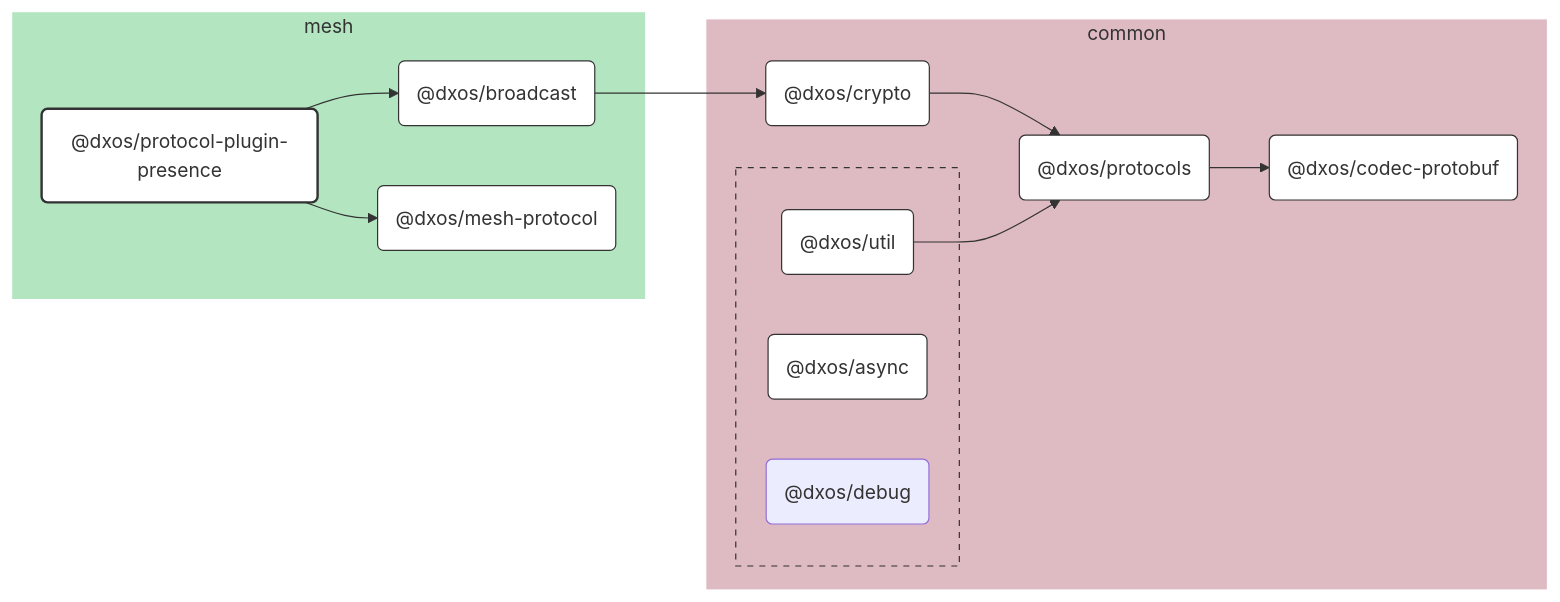
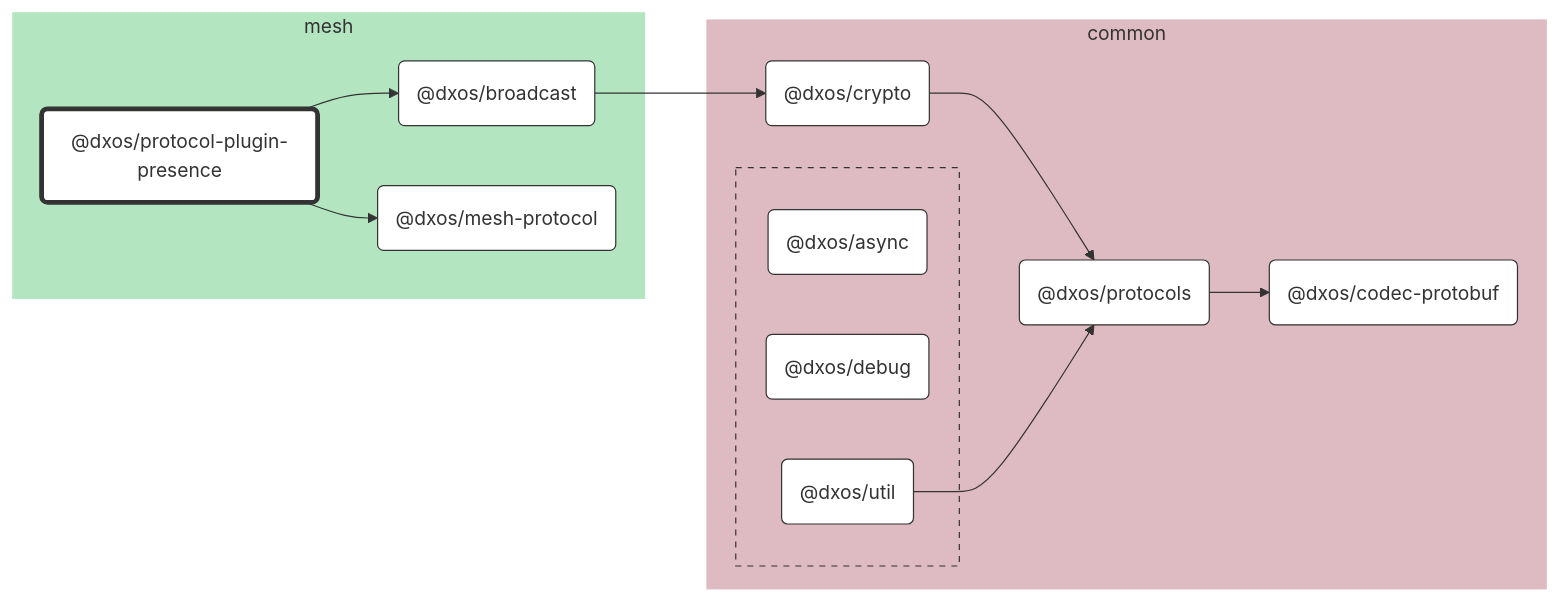
One commit to dxos/dxos changed the diagram in packages/mesh/protocol-plugin-presence/docs/README.md. Above: the diagram before and after it, drawn with Mermaid. The commit also changed other lines of this file and 104 other files, not shown here.

````diff
--- a/packages/mesh/protocol-plugin-presence/docs/README.md
+++ b/packages/mesh/protocol-plugin-presence/docs/README.md
@@ -7,63 +7,50 @@
 ```mermaid
 %%{ init: {'flowchart':{'curve':'basis'}} }%%
 
 flowchart LR
 
-%% Links
-dxos/broadcast --> dxos/crypto;
-dxos/crypto --> dxos/protocols;
-dxos/protocol-plugin-presence --> dxos/broadcast;
-dxos/protocol-plugin-presence --> dxos/mesh-protocol;
-dxos/protocols --> dxos/codec-protobuf;
-dxos/util --> dxos/protocols;
+%% Classes
+classDef def fill:#fff,stroke:#333,stroke-width:1px
+classDef root fill:#fff,stroke:#333,stroke-width:4px
 
-%% Sections
-subgraph mesh
-  style mesh fill:#b3e6c0,stroke:#fff;
+%% Nodes
 
-  dxos/broadcast("@dxos/broadcast")
-  dxos/mesh-protocol("@dxos/mesh-protocol")
-  dxos/protocol-plugin-presence("@dxos/protocol-plugin-presence")
+subgraph mesh [mesh]
+  style mesh fill:#b3e6c0,stroke:#fff
+  dxos/protocol-plugin-presence("@dxos/protocol-plugin-presence"):::root
+  click dxos/protocol-plugin-presence "dxos/dxos/tree/main/packages/mesh/protocol-plugin-presence/docs"
+  dxos/broadcast("@dxos/broadcast"):::def
+  click dxos/broadcast "dxos/dxos/tree/main/packages/mesh/broadcast/docs"
+  dxos/mesh-protocol("@dxos/mesh-protocol"):::def
+  click dxos/mesh-protocol "dxos/dxos/tree/main/packages/mesh/mesh-protocol/docs"
 end
 
-subgraph common
-  style common fill:#debac2,stroke:#fff;
-
-  dxos/codec-protobuf("@dxos/codec-protobuf")
-  dxos/crypto("@dxos/crypto")
-  dxos/protocols("@dxos/protocols")
+subgraph common [common]
+  style common fill:#debac2,stroke:#fff
+  dxos/codec-protobuf("@dxos/codec-protobuf"):::def
+  click dxos/codec-protobuf "dxos/dxos/tree/main/packages/common/codec-protobuf/docs"
+  dxos/crypto("@dxos/crypto"):::def
+  click dxos/crypto "dxos/dxos/tree/main/packages/common/crypto/docs"
+  dxos/protocols("@dxos/protocols"):::def
+  click dxos/protocols "dxos/dxos/tree/main/packages/common/protocols/docs"
 
   subgraph common-excluded [ ]
-    style common-excluded fill:#debac2,stroke:#333,stroke-dasharray:5 5;
-
-    dxos/async("@dxos/async")
-    dxos/debug("@dxos/debug")
-    dxos/util("@dxos/util")
+    style common-excluded fill:#debac2,stroke:#333,stroke-dasharray:5 5
+    dxos/async("@dxos/async"):::def
+    click dxos/async "dxos/dxos/tree/main/packages/common/async/docs"
+    dxos/debug("@dxos/debug"):::def
+    click dxos/debug "dxos/dxos/tree/main/packages/common/debug/docs"
+    dxos/util("@dxos/util"):::def
+    click dxos/util "dxos/dxos/tree/main/packages/common/util/docs"
   end
 end
 
-
-%% Hyperlinks
-click dxos/async "dxos/dxos/tree/main/packages/common/async/docs";
-click dxos/broadcast "dxos/dxos/tree/main/packages/mesh/broadcast/docs";
-click dxos/codec-protobuf "dxos/dxos/tree/main/packages/common/codec-protobuf/docs";
-click dxos/crypto "dxos/dxos/tree/main/packages/common/crypto/docs";
-click dxos/mesh-protocol "dxos/dxos/tree/main/packages/mesh/mesh-protocol/docs";
-click dxos/protocols "dxos/dxos/tree/main/packages/common/protocols/docs";
-click dxos/util "dxos/dxos/tree/main/packages/common/util/docs";
-
-%% Styles
-classDef rootNode fill:#fff,stroke:#333,stroke-width:2px
-classDef defaultNode fill:#fff,stroke:#333,stroke-width:1px
+%% Links
 linkStyle default stroke:#333,stroke-width:1px
-
-dxos/protocol-plugin-presence:::rootNode
-
-dxos/async:::defaultNode
-dxos/broadcast:::defaultNode
-dxos/codec-protobuf:::defaultNode
-dxos/crypto:::defaultNode
-dxos/mesh-protocol:::defaultNode
-dxos/protocols:::defaultNode
-dxos/util:::defaultNode
+dxos/protocol-plugin-presence --> dxos/broadcast
+dxos/broadcast --> dxos/crypto
+dxos/crypto --> dxos/protocols
+dxos/protocols --> dxos/codec-protobuf
+dxos/protocol-plugin-presence --> dxos/mesh-protocol
+dxos/util --> dxos/protocols
 ```
````
